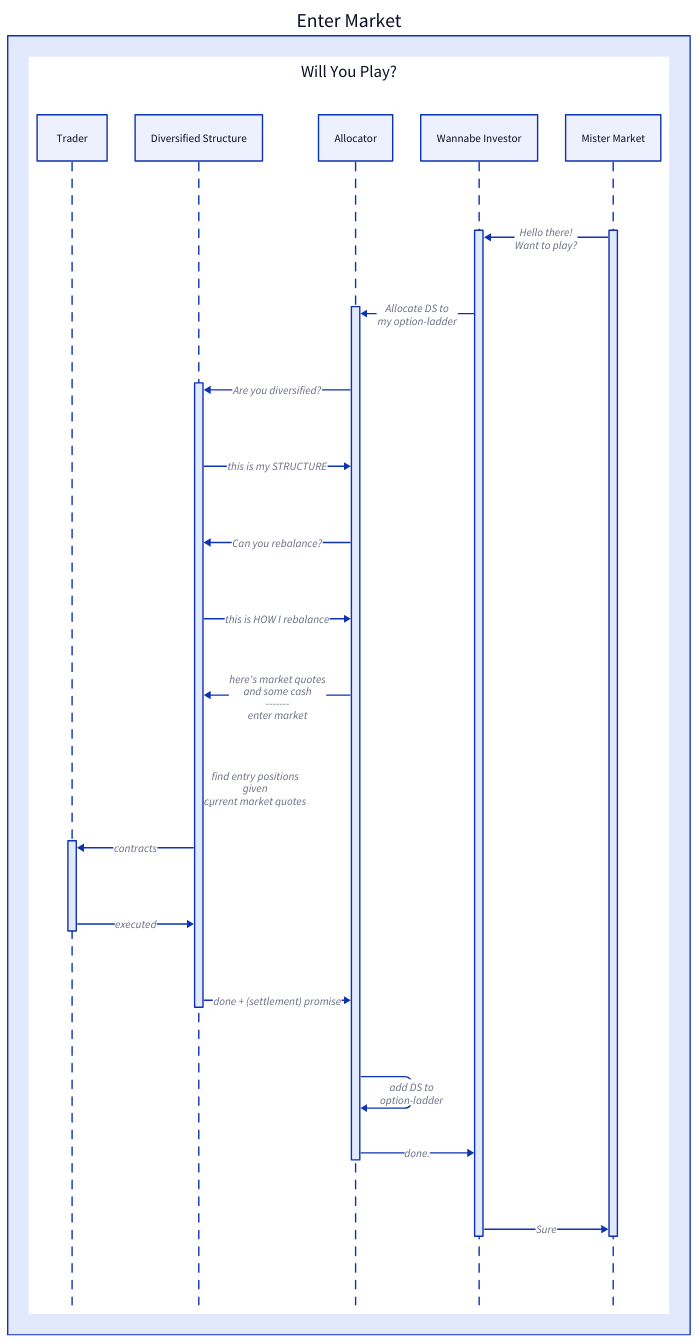
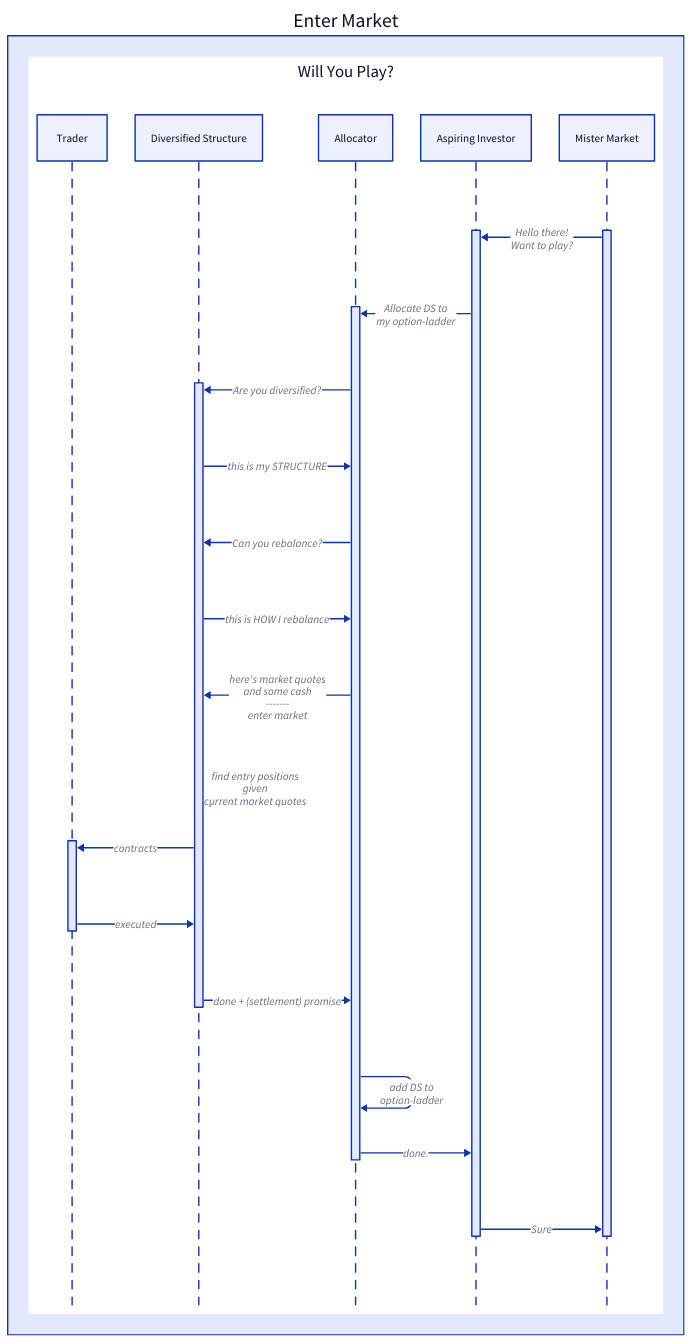
The diagram in report/images/m4__enter-market.d2 (wqustudent/madoff), drawn with D2 before and after one commit. The commit also changed 17 other files, not shown here.

```diff
--- a/report/images/m4__enter-market.d2
+++ b/report/images/m4__enter-market.d2
@@ -1,29 +1,29 @@
 direction: right
 Enter Market: {
 
   play: Will You Play? {
     shape: sequence_diagram
     tr: Trader
     ds: Diversified Structure
     al: Allocator
-    me: Wannabe Investor
+    me: Aspiring Investor
     mm: Mister Market
 
     mm.play -> me.play: Hello there!\nWant to play?
 
     me.play -> al.play: Allocate DS to\nmy option-ladder
     al.play -> ds.play: Are you diversified?
     ds.play -> al.play: this is my STRUCTURE
     al.play -> ds.play: Can you rebalance?
     ds.play -> al.play: this is HOW I rebalance
     al.play -> ds.play: here's market quotes\nand some cash\n-------\nenter market
     ds.play -> ds.play: find entry positions\ngiven\ncurrent market quotes
     ds.play -> tr.play: contracts
     tr.play -> ds.play: executed
     ds.play -> al.play: done + (settlement) promise
     al.play -> al.play: add DS to\noption-ladder
     al.play -> me.play: done.
 
     me.play -> mm.play: Sure
   }
 }
```
